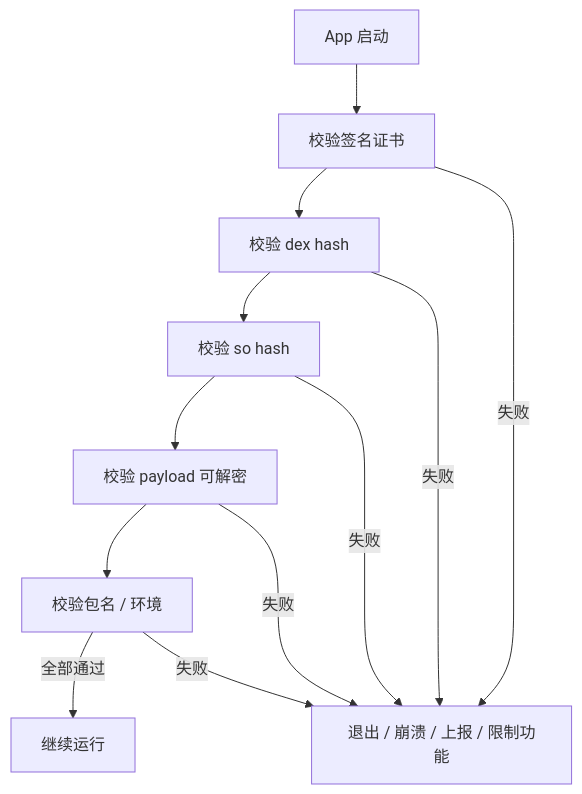
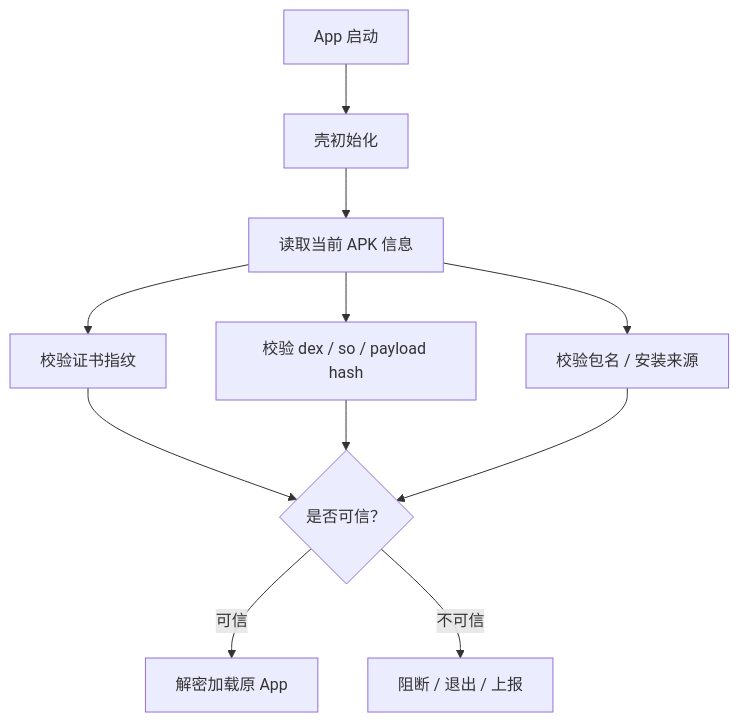
One commit to junyingzhao001/StudyNotes changed the ninth of 12 diagrams in android插件相关/App加固详解.md. Above: the diagram before and after it, drawn with Mermaid. The commit also changed other lines of this file and 3 other files, not shown here.

````diff
--- a/android插件相关/App加固详解.md
+++ b/android插件相关/App加固详解.md
@@ -1006,14 +1008,13 @@
 ```mermaid
-flowchart TB
-  Start["App 启动"] --> Cert["校验签名证书"]
-  Cert --> DexHash["校验 dex hash"]
-  DexHash --> SoHash["校验 so hash"]
-  SoHash --> Payload["校验 payload 可解密"]
-  Payload --> Package["校验包名 / 环境"]
-  Package -->|全部通过| Run["继续运行"]
-  Cert -->|失败| Block["退出 / 崩溃 / 上报 / 限制功能"]
-  DexHash -->|失败| Block
-  SoHash -->|失败| Block
-  Payload -->|失败| Block
-  Package -->|失败| Block
+flowchart TD
+    A["App 启动"] --> B["壳初始化"]
+    B --> C["读取当前 APK 信息"]
+    C --> D["校验证书指纹"]
+    C --> E["校验 dex / so / payload hash"]
+    C --> F["校验包名 / 安装来源"]
+    D --> G{"是否可信？"}
+    E --> G
+    F --> G
+    G -->|"可信"| H["解密加载原 App"]
+    G -->|"不可信"| I["阻断 / 退出 / 上报"]
 ```
````
